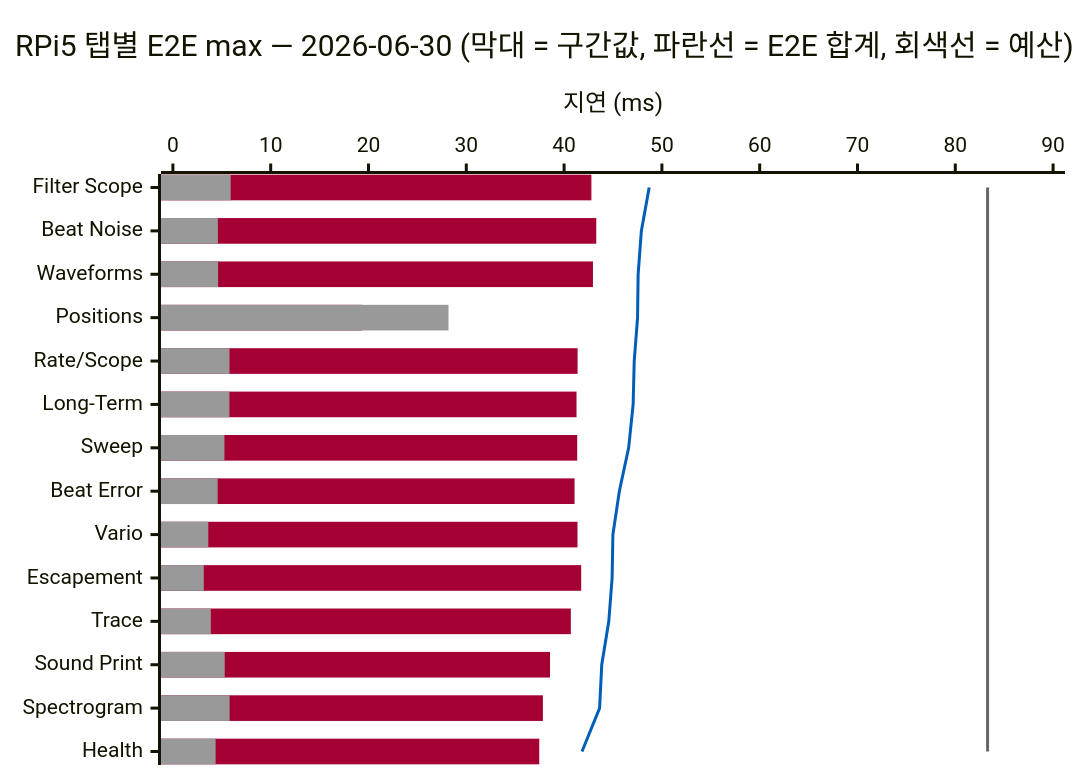
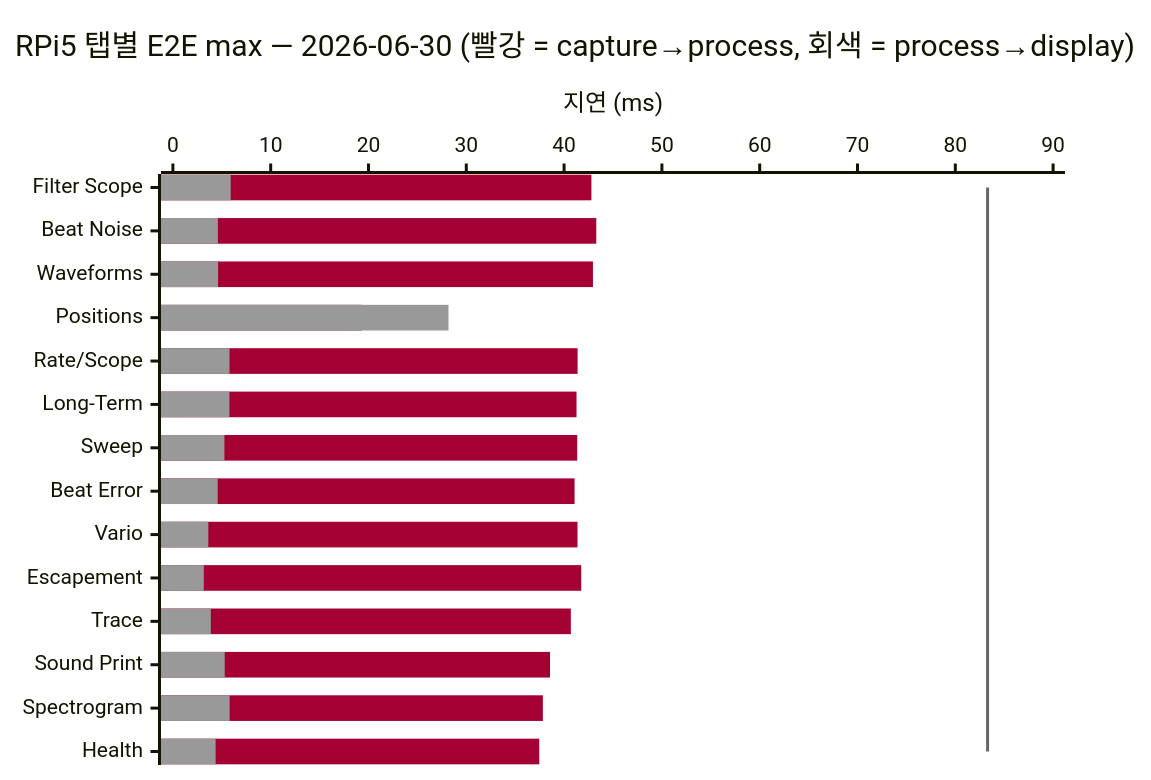
Before and after one commit to lgcmu2026-team5/TimeGrapher-Docs: the fourth of 6 diagrams in Milestone/ko/4-Planned-Experiments.md, drawn with Mermaid. The commit also changed other lines of this file and 1 other file, not shown here.

Commit message:
docs: remove E2E total line from split chart

````diff
--- a/Milestone/ko/4-Planned-Experiments.md
+++ b/Milestone/ko/4-Planned-Experiments.md
@@ -192,11 +192,10 @@
 ```mermaid
-%%{init: {"themeVariables": {"xyChart": {"plotColorPalette": "#A50034, #999999, #005EB8, #666666"}}}}%%
+%%{init: {"themeVariables": {"xyChart": {"plotColorPalette": "#A50034, #999999, #666666"}}}}%%
 xychart-beta horizontal
-    title "RPi5 탭별 E2E max — 2026-06-30 (막대 = 구간값, 파란선 = E2E 합계, 회색선 = 예산)"
+    title "RPi5 탭별 E2E max — 2026-06-30 (빨강 = capture→process, 회색 = process→display)"
     x-axis ["Filter Scope", "Beat Noise", "Waveforms", "Positions", "Rate/Scope", "Long-Term", "Sweep", "Beat Error", "Vario", "Escapement", "Trace", "Sound Print", "Spectrogram", "Health"]
     y-axis "지연 (ms)" 0 --> 90
     bar [42.79, 43.29, 42.95, 19.33, 41.38, 41.27, 41.34, 41.07, 41.37, 41.75, 40.69, 38.56, 37.83, 37.46]
     bar [5.91, 4.60, 4.62, 28.18, 5.79, 5.78, 5.27, 4.58, 3.62, 3.16, 3.88, 5.30, 5.80, 4.37]
-    line [48.70, 47.90, 47.57, 47.51, 47.17, 47.06, 46.60, 45.65, 44.99, 44.91, 44.57, 43.85, 43.63, 41.83]
     line [83.3, 83.3, 83.3, 83.3, 83.3, 83.3, 83.3, 83.3, 83.3, 83.3, 83.3, 83.3, 83.3, 83.3]
 ```
````
